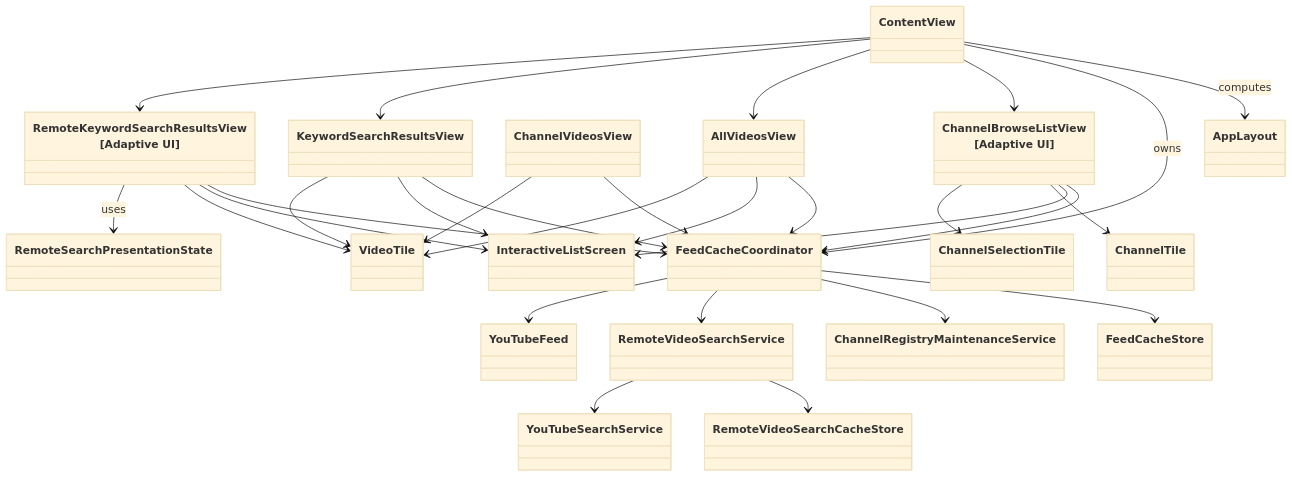
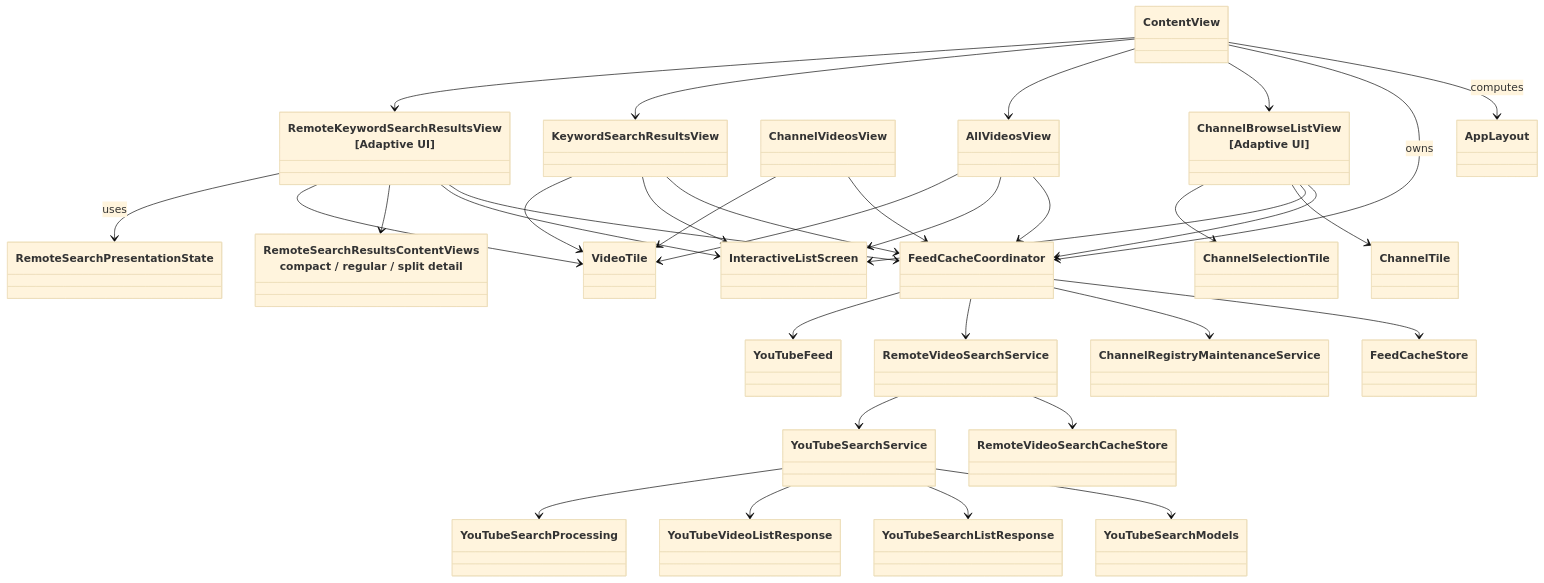
The second of 4 diagrams in docs/human-view/design-overview.md (horikuma/YoutubeFeeder), drawn with Mermaid (base theme) before and after one commit. The commit also changed other lines of this file and 3 other files, not shown here.

````diff
--- a/docs/human-view/design-overview.md
+++ b/docs/human-view/design-overview.md
@@ -21,55 +21,65 @@
 ```mermaid
 classDiagram
     class ContentView
     class AppLayout
     class FeedCacheCoordinator
     class ChannelBrowseListView["ChannelBrowseListView<br/>[Adaptive UI]"]
     class ChannelVideosView
     class AllVideosView
     class KeywordSearchResultsView
     class RemoteKeywordSearchResultsView["RemoteKeywordSearchResultsView<br/>[Adaptive UI]"]
+    class RemoteSearchResultsContentViews["RemoteSearchResultsContentViews<br/>compact / regular / split detail"]
     class InteractiveListScreen
     class ChannelTile
     class ChannelSelectionTile
     class VideoTile
     class FeedCacheStore
     class ChannelRegistryMaintenanceService
     class RemoteVideoSearchService
     class RemoteVideoSearchCacheStore
     class YouTubeFeed
     class YouTubeSearchService
+    class YouTubeSearchModels
+    class YouTubeSearchListResponse
+    class YouTubeVideoListResponse
+    class YouTubeSearchProcessing
     class RemoteSearchPresentationState
 
     ContentView --> AppLayout : computes
     ContentView --> FeedCacheCoordinator : owns
     ContentView --> ChannelBrowseListView
     ContentView --> AllVideosView
     ContentView --> KeywordSearchResultsView
     ContentView --> RemoteKeywordSearchResultsView
 
     ChannelBrowseListView --> FeedCacheCoordinator
     ChannelVideosView --> FeedCacheCoordinator
     AllVideosView --> FeedCacheCoordinator
     KeywordSearchResultsView --> FeedCacheCoordinator
     RemoteKeywordSearchResultsView --> FeedCacheCoordinator
 
     ChannelBrowseListView --> InteractiveListScreen
     RemoteKeywordSearchResultsView --> InteractiveListScreen
+    RemoteKeywordSearchResultsView --> RemoteSearchResultsContentViews
     AllVideosView --> InteractiveListScreen
     KeywordSearchResultsView --> InteractiveListScreen
     ChannelVideosView --> VideoTile
     AllVideosView --> VideoTile
     KeywordSearchResultsView --> VideoTile
     RemoteKeywordSearchResultsView --> VideoTile
     ChannelBrowseListView --> ChannelTile
     ChannelBrowseListView --> ChannelSelectionTile
 
     FeedCacheCoordinator --> FeedCacheStore
     FeedCacheCoordinator --> ChannelRegistryMaintenanceService
     FeedCacheCoordinator --> RemoteVideoSearchService
     RemoteVideoSearchService --> RemoteVideoSearchCacheStore
     RemoteVideoSearchService --> YouTubeSearchService
     FeedCacheCoordinator --> YouTubeFeed
+    YouTubeSearchService --> YouTubeSearchModels
+    YouTubeSearchService --> YouTubeSearchListResponse
+    YouTubeSearchService --> YouTubeVideoListResponse
+    YouTubeSearchService --> YouTubeSearchProcessing
 
     RemoteKeywordSearchResultsView --> RemoteSearchPresentationState : uses
 ```
````
